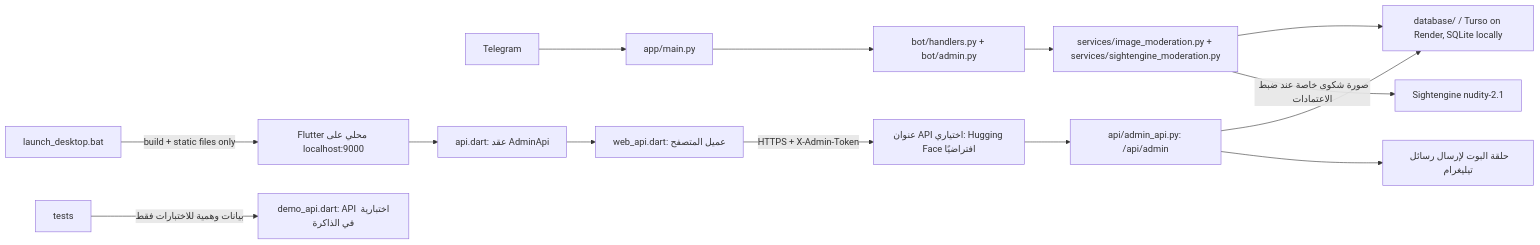
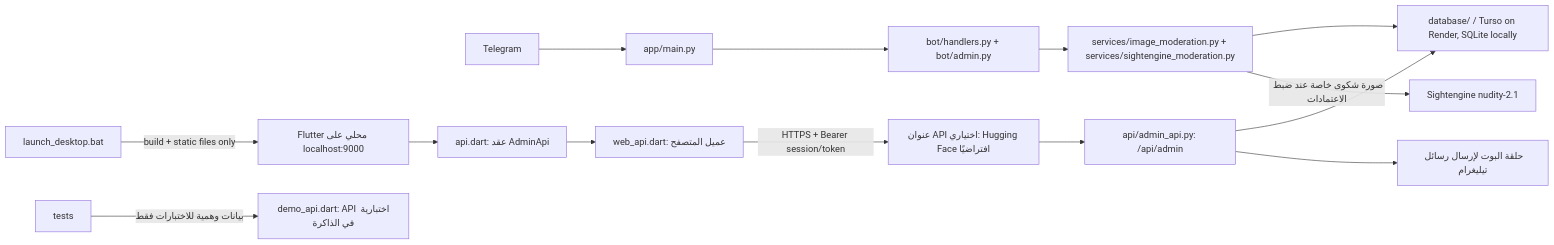
One commit to ABU-AZZAM-COM/mrw-bot changed the diagram in PROJECT_MAP.md. Above: the diagram before and after it, drawn with Mermaid. The commit also changed other lines of this file and 18 other files, not shown here.

````diff
--- a/PROJECT_MAP.md
+++ b/PROJECT_MAP.md
@@ -38,16 +53,16 @@
 ```mermaid
 flowchart LR
   Telegram --> main[app/main.py]
   main --> handlers[bot/handlers.py + bot/admin.py]
   handlers --> screening[services/image_moderation.py + services/sightengine_moderation.py]
   screening --> db[database/ / Turso on Render, SQLite locally]
   screening -->|صورة شكوى خاصة عند ضبط الاعتمادات| sightengine[Sightengine nudity-2.1]
   dashboard[Flutter محلي على localhost:9000] --> contract[api.dart: عقد AdminApi]
   contract --> web[web_api.dart: عميل المتصفح]
-  web -->|HTTPS + X-Admin-Token| remote[عنوان API اختياري: Hugging Face افتراضيًا]
+  web -->|HTTPS + Bearer session/token| remote[عنوان API اختياري: Hugging Face افتراضيًا]
   remote --> api[api/admin_api.py: /api/admin]
   api --> db
   api --> botloop[حلقة البوت لإرسال رسائل تيليغرام]
   tests -->|بيانات وهمية للاختبارات فقط| demo[demo_api.dart: API اختبارية في الذاكرة]
   launcher[launch_desktop.bat] -->|build + static files only| dashboard
 ```
````
